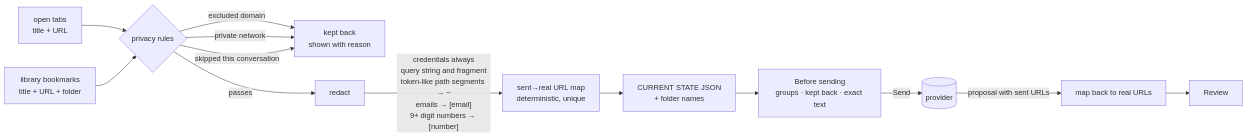
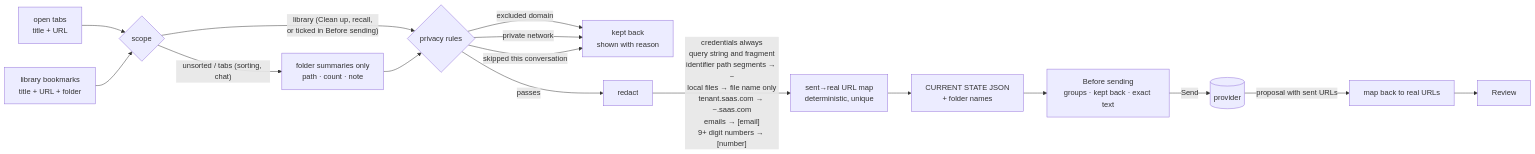
One commit to KucherenkoSerhiy/tab-librarian changed the second of 5 diagrams in docs/ARCHITECTURE.md. Above: the diagram before and after it, drawn with Mermaid. The commit also changed other lines of this file and 12 other files, not shown here.

First line of the commit message:
Sorting sends folder summaries, not the library; mask ids, file paths and tenant hosts

````diff
--- a/docs/ARCHITECTURE.md
+++ b/docs/ARCHITECTURE.md
@@ -77,16 +77,20 @@
 ```mermaid
 flowchart LR
-  T[open tabs<br/>title + URL] --> R
-  B[library bookmarks<br/>title + URL + folder] --> R
+  T[open tabs<br/>title + URL] --> S
+  B[library bookmarks<br/>title + URL + folder] --> S
+  S{scope}
+  S -->|"unsorted / tabs (sorting, chat)"| F[folder summaries only<br/>path · count · note]
+  S -->|"library (Clean up, recall,<br/>or ticked in Before sending)"| R
+  F --> R
   R{privacy rules}
   R -->|excluded domain| K[kept back<br/>shown with reason]
   R -->|private network| K
   R -->|skipped this conversation| K
   R -->|passes| X[redact]
-  X -->|"credentials always<br/>query string and fragment<br/>token-like path segments → ~<br/>emails → [email]<br/>9+ digit numbers → [number]"| M[sent→real URL map<br/>deterministic, unique]
+  X -->|"credentials always<br/>query string and fragment<br/>identifier path segments → ~<br/>local files → file name only<br/>tenant.saas.com → ~.saas.com<br/>emails → [email]<br/>9+ digit numbers → [number]"| M[sent→real URL map<br/>deterministic, unique]
   M --> P[CURRENT STATE JSON<br/>+ folder names]
   P --> V[Before sending<br/>groups · kept back · exact text]
   V -->|Send| A[(provider)]
   A -->|proposal with sent URLs| M2[map back to real URLs]
   M2 --> RV[Review]
 ```
````
